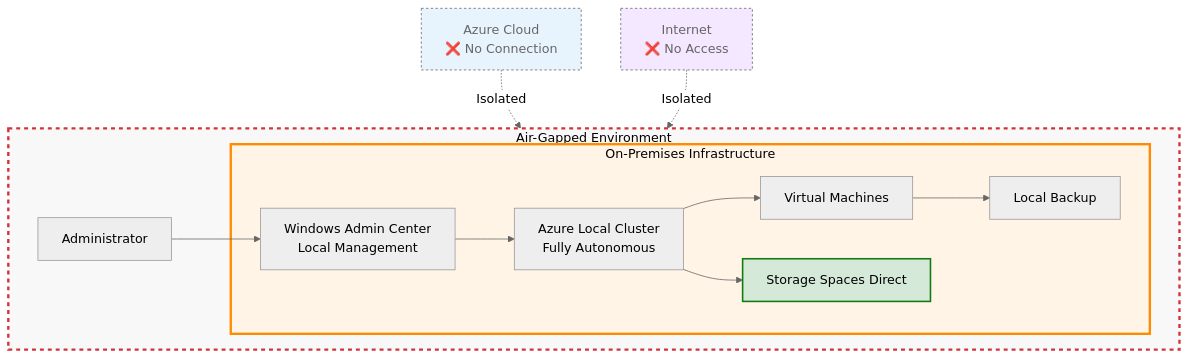
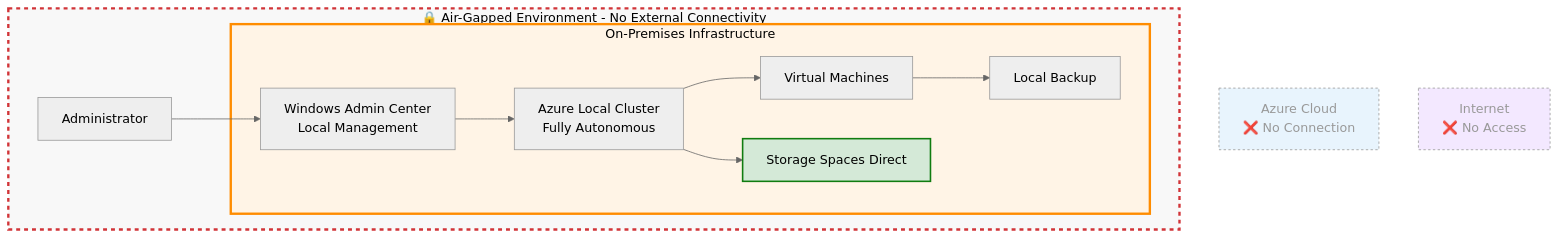
The diagram in docs/level-100/azure-local-disconnected-mode.md (jonathan-vella/microsoft-sovereign-cloud-brain-trek), drawn with Mermaid (neutral theme) before and after one commit. The commit also changed 1 other file, not shown here.

Commit message:
Address code review feedback - improve visual accessibility

````diff
--- a/docs/level-100/azure-local-disconnected-mode.md
+++ b/docs/level-100/azure-local-disconnected-mode.md
@@ -23,31 +23,28 @@
 ```mermaid
 graph TB
-    subgraph AirGap[Air-Gapped Environment]
+    subgraph AirGap[🔒 Air-Gapped Environment - No External Connectivity]
         subgraph Local[On-Premises Infrastructure]
             Cluster[Azure Local Cluster<br/>Fully Autonomous]
             WAC[Windows Admin Center<br/>Local Management]
             VMs[Virtual Machines]
             Storage[Storage Spaces Direct]
             Backup[Local Backup]
         end
         
         Admin[Administrator] --> WAC
         WAC --> Cluster
         Cluster --> VMs
         Cluster --> Storage
         VMs --> Backup
         
         style Local fill:#FFF4E6,stroke:#FF8C00,stroke-width:3px,color:#000
     end
     
     Azure[Azure Cloud<br/>❌ No Connection]
     Internet[Internet<br/>❌ No Access]
     
-    Azure -.->|Isolated| AirGap
-    Internet -.->|Isolated| AirGap
-    
     style AirGap fill:#F8F8F8,stroke:#D13438,stroke-width:3px,stroke-dasharray: 5 5,color:#000
-    style Azure fill:#E8F4FD,stroke:#666,stroke-width:1px,stroke-dasharray: 3 3,color:#666
-    style Internet fill:#F3E8FF,stroke:#666,stroke-width:1px,stroke-dasharray: 3 3,color:#666
+    style Azure fill:#E8F4FD,stroke:#999,stroke-width:1px,stroke-dasharray: 3 3,color:#999
+    style Internet fill:#F3E8FF,stroke:#999,stroke-width:1px,stroke-dasharray: 3 3,color:#999
     style Storage fill:#D4E9D7,stroke:#107C10,stroke-width:2px,color:#000
 ```
````
